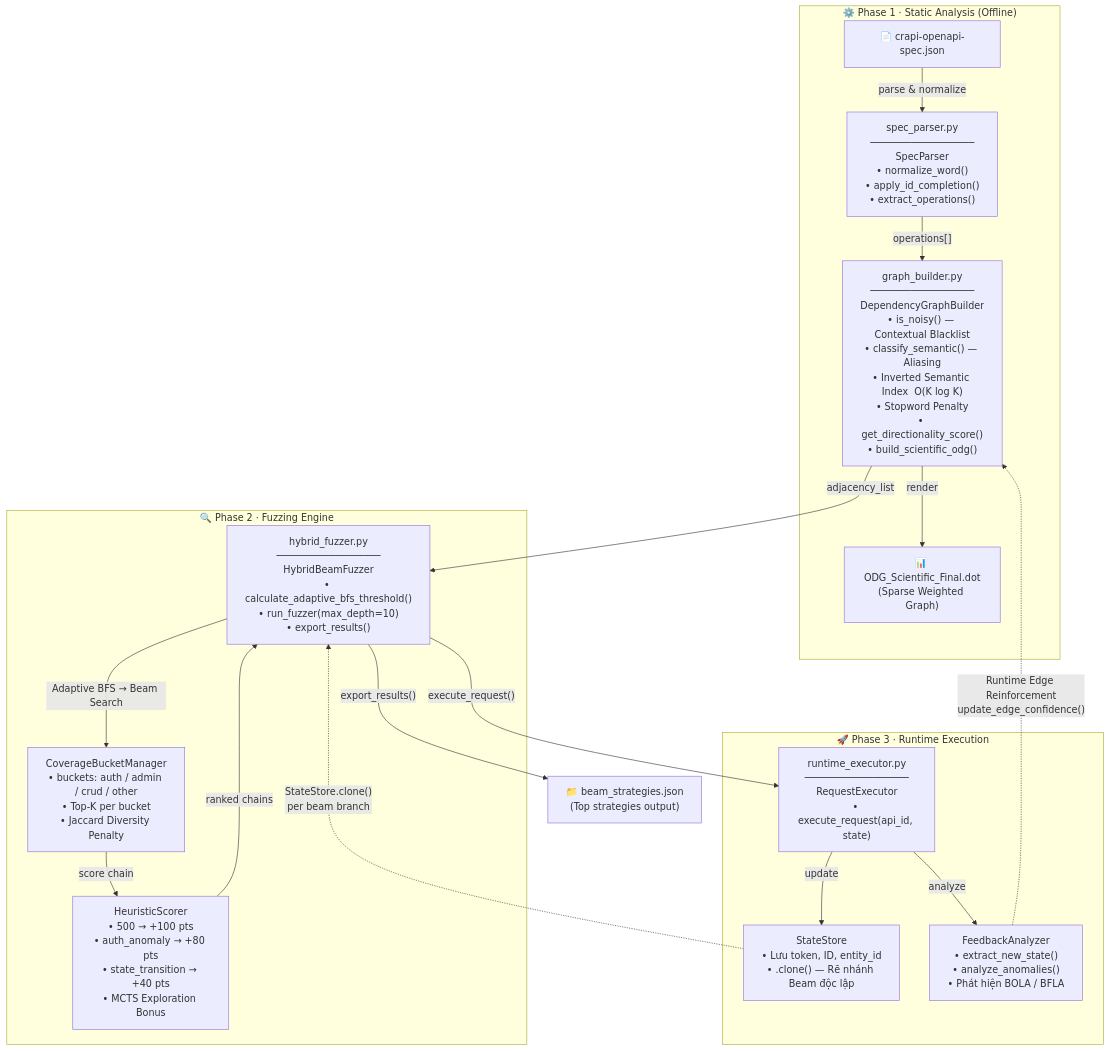
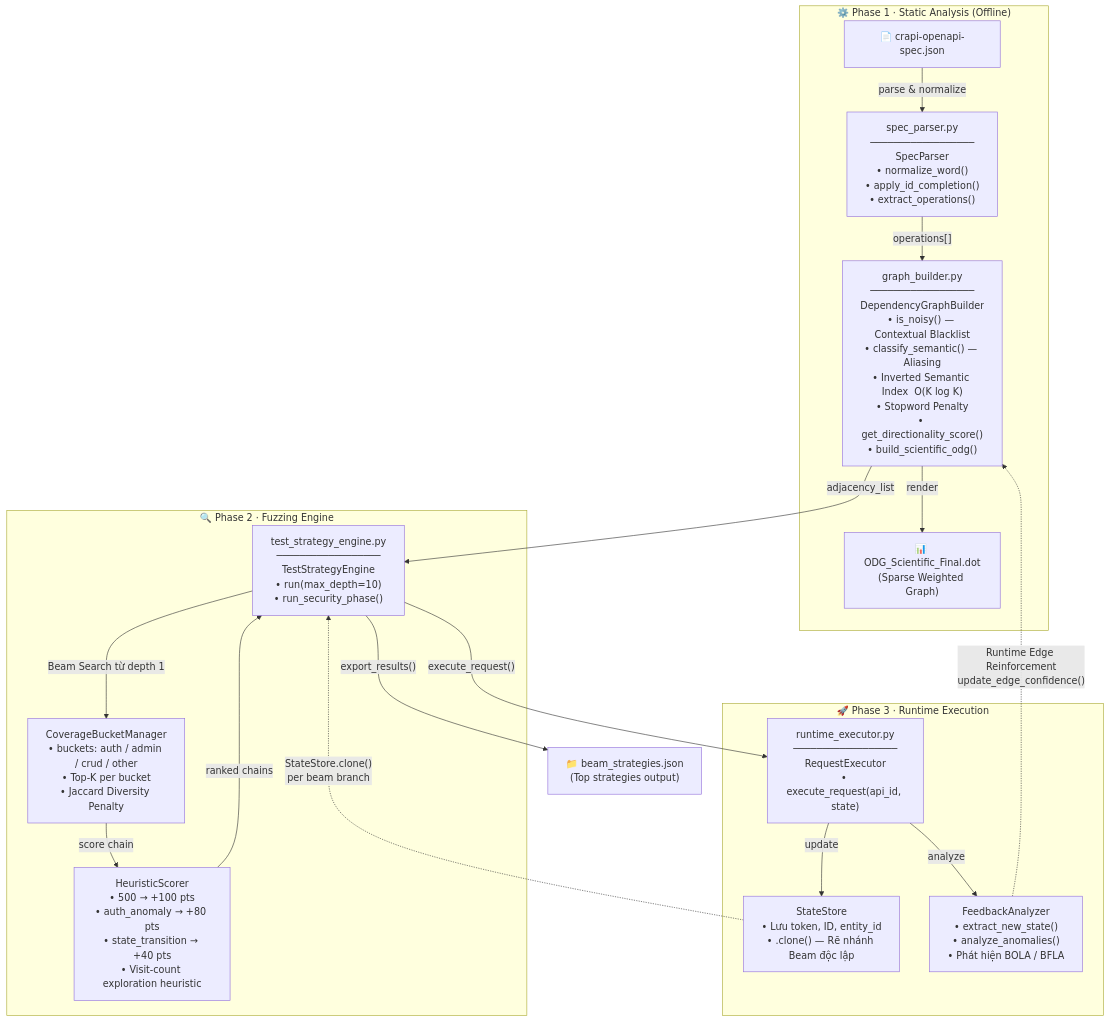
One commit to vantrwng/OPG changed the diagram in SYSTEM_ARCHITECTURE.md. Above: the diagram before and after it, drawn with Mermaid. The commit also changed other lines of this file and 36 other files, not shown here.

````diff
--- a/SYSTEM_ARCHITECTURE.md
+++ b/SYSTEM_ARCHITECTURE.md
@@ -11,46 +11,46 @@
 ```mermaid
 graph TD
     %% ============ PHASE 1: STATIC ANALYSIS ============
     subgraph P1 ["⚙️  Phase 1 · Static Analysis (Offline)"]
         SPEC["📄 crapi-openapi-spec.json"]
         SP["spec_parser.py\n──────────────────\nSpecParser\n• normalize_word()\n• apply_id_completion()\n• extract_operations()"]
         GB["graph_builder.py\n──────────────────\nDependencyGraphBuilder\n• is_noisy() — Contextual Blacklist\n• classify_semantic() — Aliasing\n• Inverted Semantic Index  O(K log K)\n• Stopword Penalty\n• get_directionality_score()\n• build_scientific_odg()"]
         DOT["📊 ODG_Scientific_Final.dot\n(Sparse Weighted Graph)"]
     end
 
     %% ============ PHASE 2: FUZZING ENGINE ============
     subgraph P2 ["🔍  Phase 2 · Fuzzing Engine"]
-        HBF["hybrid_fuzzer.py\n──────────────────\nHybridBeamFuzzer\n• calculate_adaptive_bfs_threshold()\n• run_fuzzer(max_depth=10)\n• export_results()"]
+        HBF["test_strategy_engine.py\n──────────────────\nTestStrategyEngine\n• run(max_depth=10)\n• run_security_phase()"]
 
         CBM["CoverageBucketManager\n• buckets: auth / admin / crud / other\n• Top-K per bucket\n• Jaccard Diversity Penalty"]
 
-        HS["HeuristicScorer\n• 500 → +100 pts\n• auth_anomaly → +80 pts\n• state_transition → +40 pts\n• MCTS Exploration Bonus"]
+        HS["HeuristicScorer\n• 500 → +100 pts\n• auth_anomaly → +80 pts\n• state_transition → +40 pts\n• Visit-count exploration heuristic"]
     end
 
     %% ============ PHASE 3: RUNTIME EXECUTION ============
     subgraph P3 ["🚀  Phase 3 · Runtime Execution"]
         RE["runtime_executor.py\n──────────────────\nRequestExecutor\n• execute_request(api_id, state)"]
         SS["StateStore\n• Lưu token, ID, entity_id\n• .clone() — Rẽ nhánh Beam độc lập"]
         FA["FeedbackAnalyzer\n• extract_new_state()\n• analyze_anomalies()\n• Phát hiện BOLA / BFLA"]
     end
 
     OUT["📁 beam_strategies.json\n(Top strategies output)"]
 
     %% ============ EDGES ============
     SPEC -->|"parse & normalize"| SP
     SP -->|"operations[]"| GB
     GB -->|"adjacency_list"| HBF
     GB -->|"render"| DOT
 
-    HBF -->|"Adaptive BFS → Beam Search"| CBM
+    HBF -->|"Beam Search từ depth 1"| CBM
     CBM -->|"score chain"| HS
     HS -->|"ranked chains"| HBF
 
     HBF -->|"execute_request()"| RE
     RE -->|"update"| SS
     RE -->|"analyze"| FA
     FA -.->|"Runtime Edge Reinforcement\nupdate_edge_confidence()"| GB
     SS -.->|"StateStore.clone()\nper beam branch"| HBF
 
     HBF -->|"export_results()"| OUT
 ```
````
